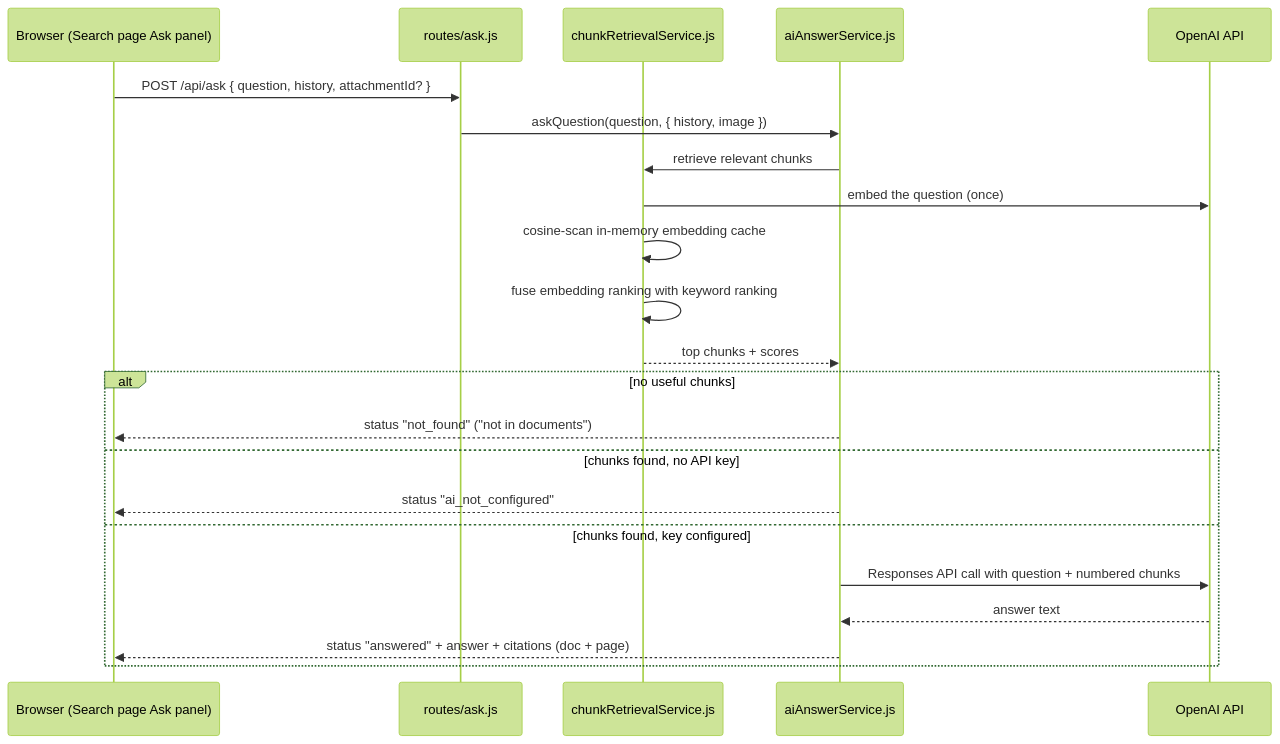
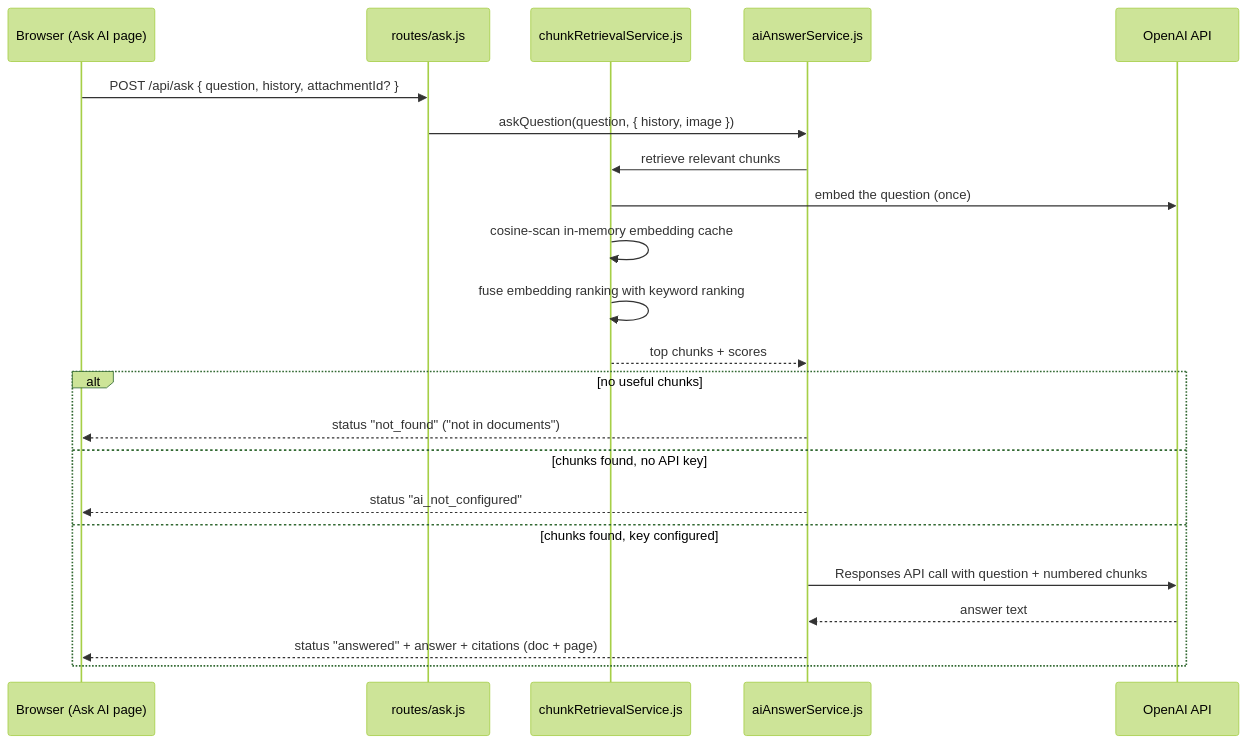
One commit to Dale1996-code/corolla-fix-helper changed the third of 4 diagrams in docs/architecture.md. Above: the diagram before and after it, drawn with Mermaid (forest theme). The commit also changed other lines of this file and 3 other files, not shown here.

````diff
--- a/docs/architecture.md
+++ b/docs/architecture.md
@@ -121,25 +121,25 @@
 ```mermaid
 sequenceDiagram
-    participant B as Browser (Search page Ask panel)
+    participant B as Browser (Ask AI page)
     participant R as routes/ask.js
     participant Ret as chunkRetrievalService.js
     participant AI as aiAnswerService.js
     participant O as OpenAI API
 
     B->>R: POST /api/ask { question, history, attachmentId? }
     R->>AI: askQuestion(question, { history, image })
     AI->>Ret: retrieve relevant chunks
     Ret->>O: embed the question (once)
     Ret->>Ret: cosine-scan in-memory embedding cache
     Ret->>Ret: fuse embedding ranking with keyword ranking
     Ret-->>AI: top chunks + scores
     alt no useful chunks
         AI-->>B: status "not_found" ("not in documents")
     else chunks found, no API key
         AI-->>B: status "ai_not_configured"
     else chunks found, key configured
         AI->>O: Responses API call with question + numbered chunks
         O-->>AI: answer text
         AI-->>B: status "answered" + answer + citations (doc + page)
     end
 ```
````
